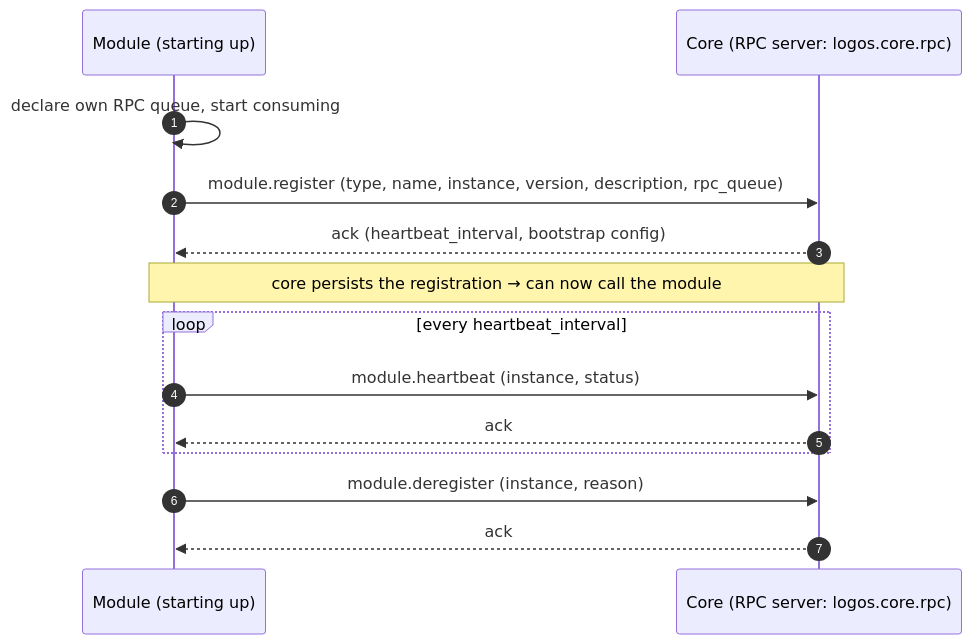
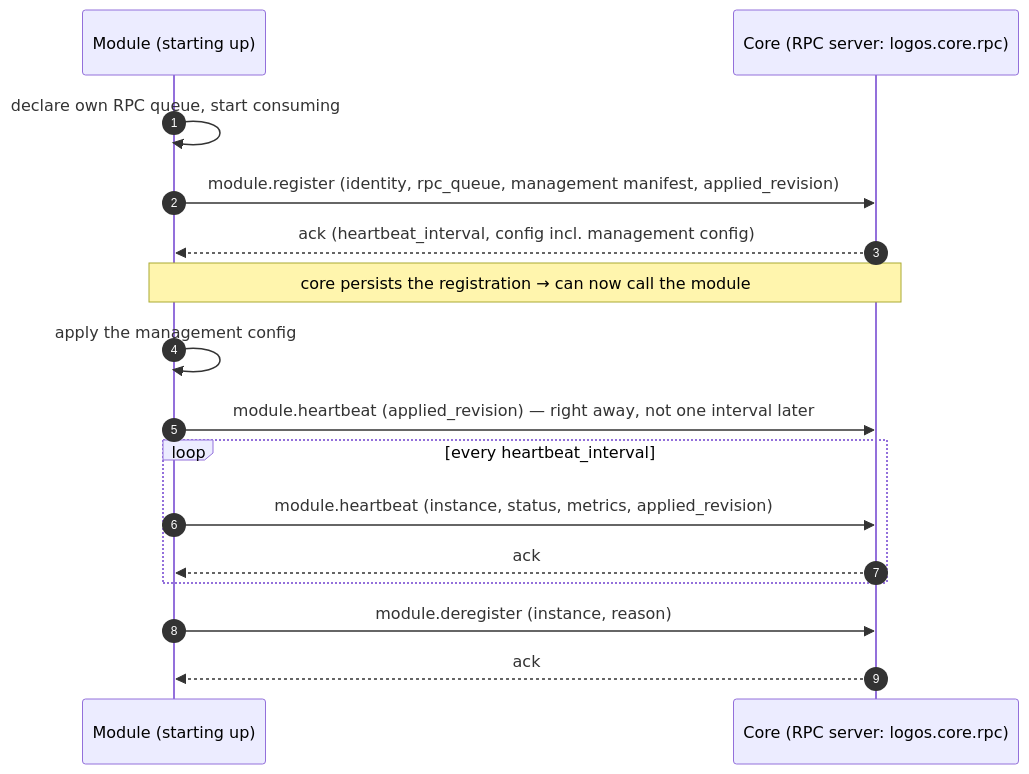
The first of 2 diagrams in src/content/docs/contracts/module-lifecycle.md (LogosCore/logos-docs), drawn with Mermaid before and after one commit. The commit also changed other lines of this file and 13 other files, not shown here.

First line of the commit message:
Document module management, live logs and implementing a module

````diff
--- a/src/content/docs/contracts/module-lifecycle.md
+++ b/src/content/docs/contracts/module-lifecycle.md
@@ -21,16 +23,18 @@
 ```mermaid
 sequenceDiagram
     autonumber
     participant M as Module (starting up)
     participant CORE as Core (RPC server: logos.core.rpc)
     M->>M: declare own RPC queue, start consuming
-    M->>CORE: module.register (type, name, instance, version, description, rpc_queue)
-    CORE-->>M: ack (heartbeat_interval, bootstrap config)
+    M->>CORE: module.register (identity, rpc_queue, management manifest, applied_revision)
+    CORE-->>M: ack (heartbeat_interval, config incl. management config)
     Note over CORE,M: core persists the registration → can now call the module
+    M->>M: apply the management config
+    M->>CORE: module.heartbeat (applied_revision) — right away, not one interval later
     loop every heartbeat_interval
-        M->>CORE: module.heartbeat (instance, status)
+        M->>CORE: module.heartbeat (instance, status, metrics, applied_revision)
         CORE-->>M: ack
     end
     M->>CORE: module.deregister (instance, reason)
     CORE-->>M: ack
 ```
````
